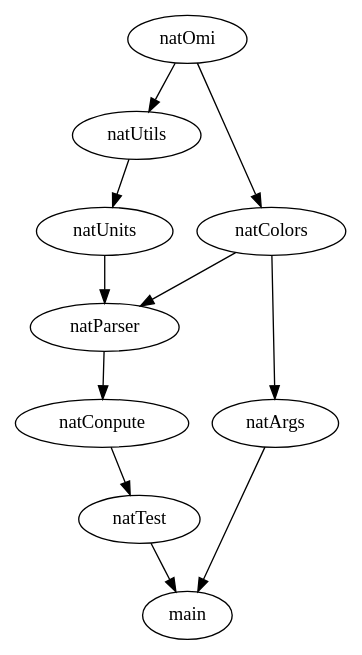
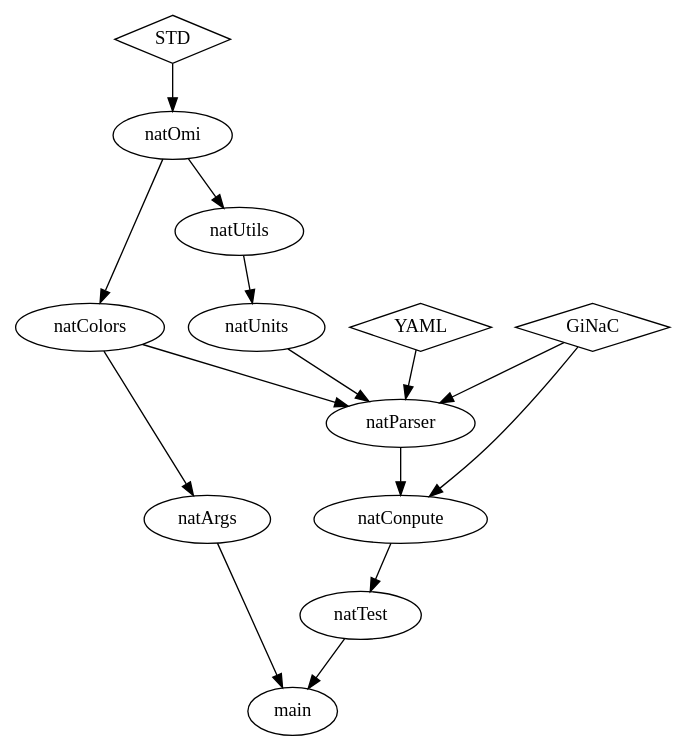
One commit to poulenque/Nat-O-Mi changed the diagram in dev/doc/includes.dot. Above: the diagram before and after it, drawn with Graphviz. The commit also changed 4 other files, not shown here.

```diff
--- a/dev/doc/includes.dot
+++ b/dev/doc/includes.dot
@@ -1,17 +1,28 @@
 digraph G {
+
+	STD[shape=diamond]
+	GiNaC[shape=diamond]
+	YAML[shape=diamond]
+
+	STD->natOmi
+
 	natOmi->natUtils
 	natOmi->natColors
 
 	natUtils->natUnits
 
 	natUnits->natParser	
+
+	YAML->natParser
+	GiNaC->natParser
+	GiNaC->natConpute
 
 	natColors->natParser
 	natColors->natArgs
 
 	natParser->natConpute
 	natConpute->natTest
 	natTest->main
 
 	natArgs->main		
 }
```
